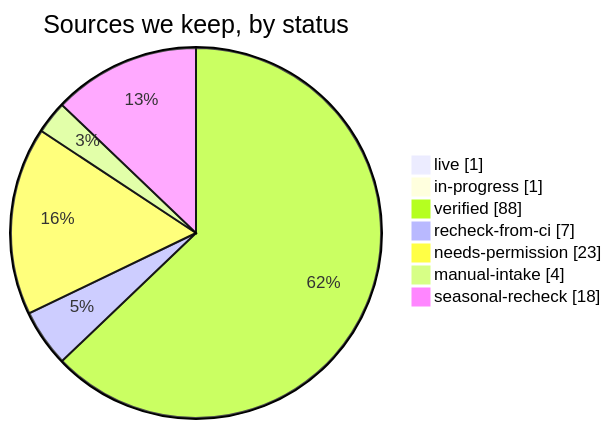
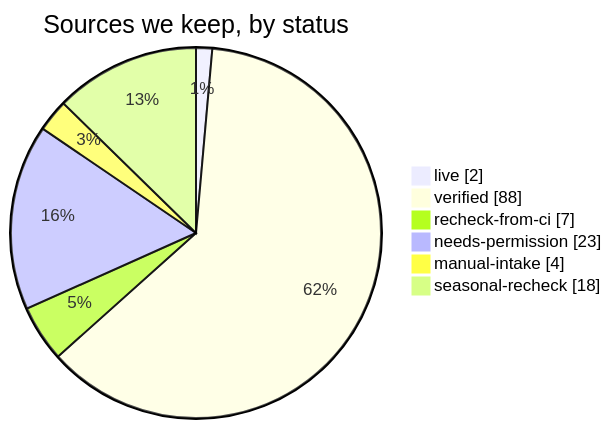
One commit to michaelsrichter/long-island-dance-events changed the diagram in docs/source-catalog.md. Above: the diagram before and after it, drawn with Mermaid. The commit also changed other lines of this file and 159 other files, not shown here.

````diff
--- a/docs/source-catalog.md
+++ b/docs/source-catalog.md
@@ -91,10 +91,9 @@
 ```mermaid
 pie showData title Sources we keep, by status
-  "live" : 1
-  "in-progress" : 1
+  "live" : 2
   "verified" : 88
   "recheck-from-ci" : 7
   "needs-permission" : 23
   "manual-intake" : 4
   "seasonal-recheck" : 18
 ```
````
